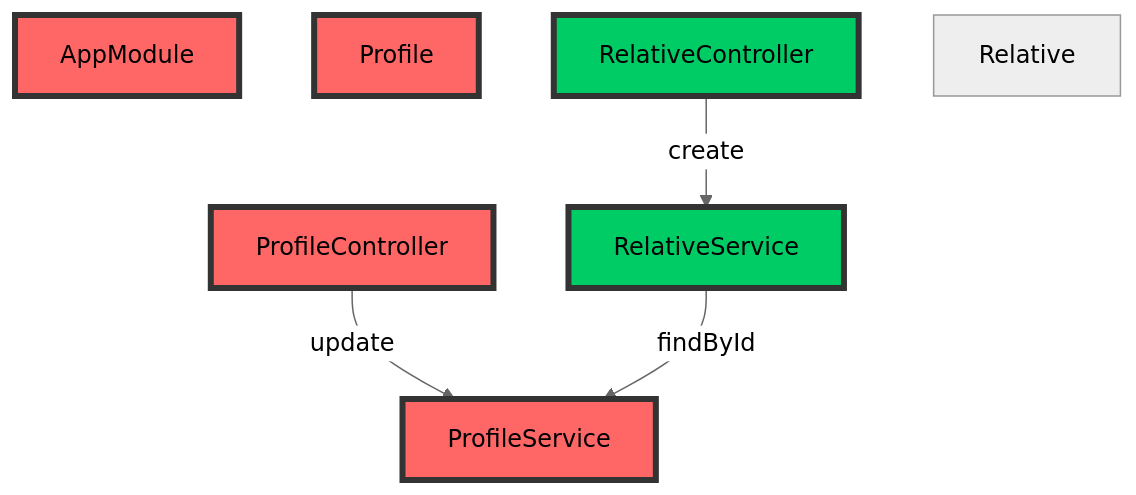
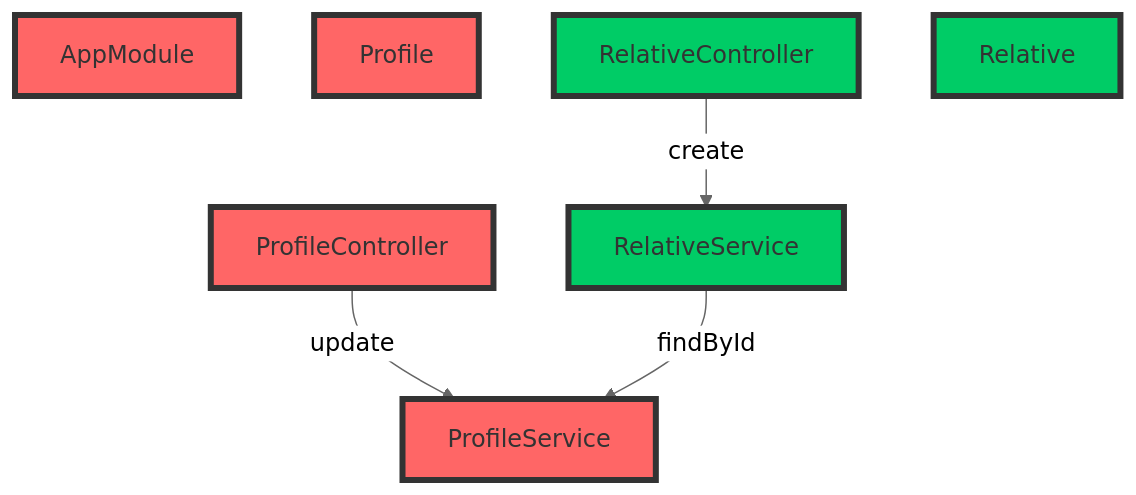
Before and after one commit to boostercloud/kyc-example: the ninth of 10 diagrams in README.md, drawn with Mermaid (neutral theme). The commit also changed other lines of this file and 4 other files, not shown here.

Commit message:
Added graphs, fixed errors and reworked some statistics and metrics

````diff
--- a/README.md
+++ b/README.md
@@ -385,13 +384,13 @@
 ```mermaid
 graph TD;
-    classDef red fill:#ff6666,stroke:#333,stroke-width:4px;
-    classDef green fill:#00cc66,stroke:#333,stroke-width:4px;
+    classDef red fill:#ff6666,stroke:#333,stroke-width:4px,color:#000,color:#333;
+    classDef green fill:#00cc66,stroke:#333,stroke-width:4px,color:#000,color:#333;
     A["AppModule"]
     B["ProfileController"] -->|"update"| C["ProfileService"]
     D["Profile"]
     E["RelativeController"] -->|"create"| F["RelativeService"]
     G["Relative"]
     F -->|"findById"| C
     class A,B,C,D red;
-    class E,F green;
+    class E,F,G green;
 ```
````
